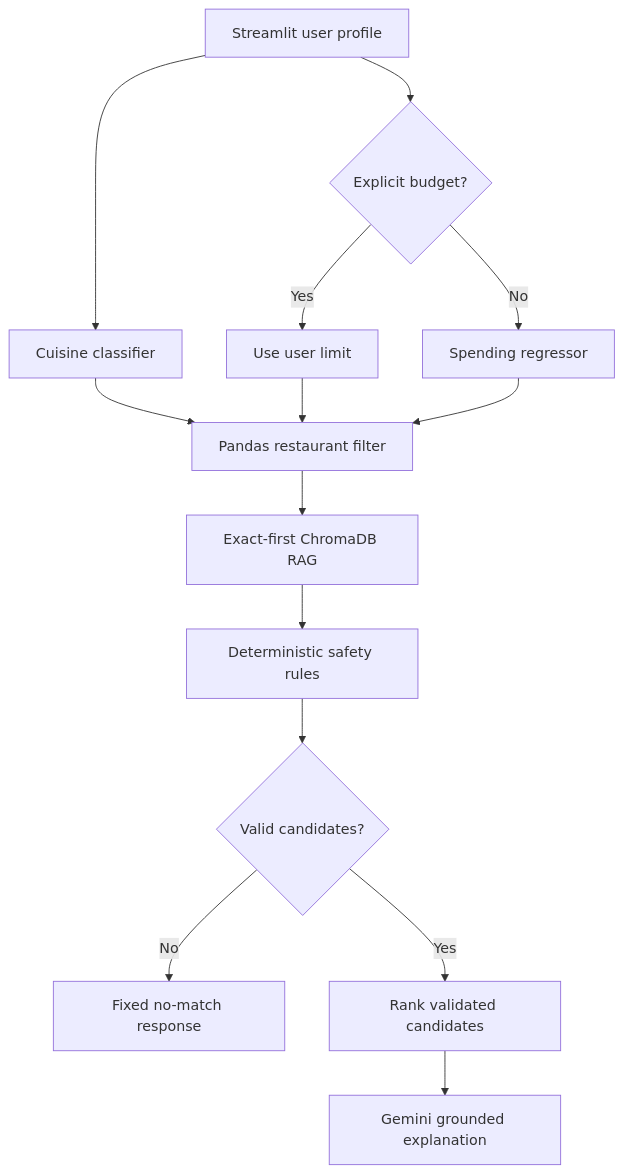
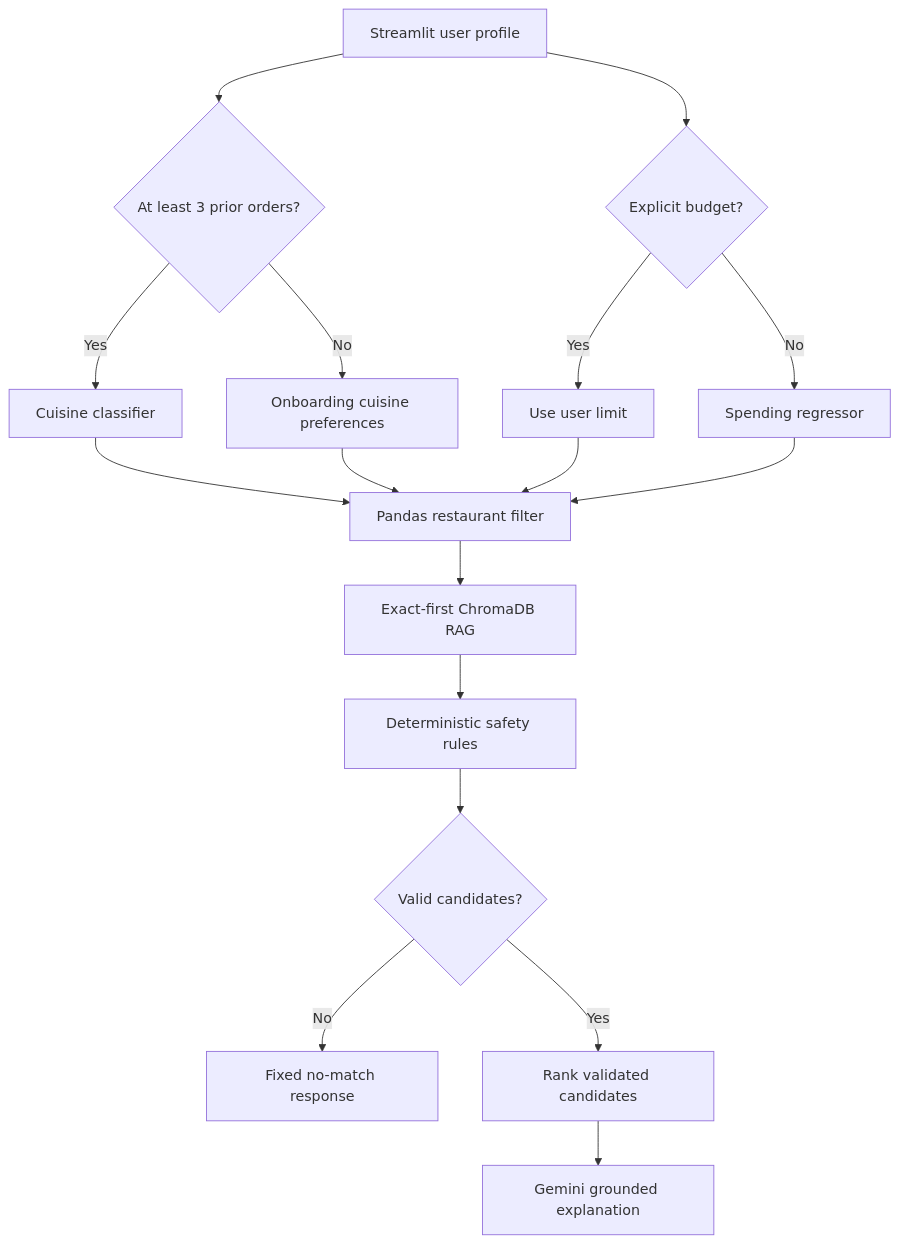
Before and after one commit to Tanishq1596/Intelligent-Culinary-Matchmaker-and-Personalized-Menu-Agent: the diagram in README.md, drawn with Mermaid. The commit also changed other lines of this file and 10 other files, not shown here.

````diff
--- a/README.md
+++ b/README.md
@@ -27,16 +28,19 @@
 ```mermaid
 flowchart TD
-    A[Streamlit user profile] --> B[Cuisine classifier]
+    A[Streamlit user profile] --> U{At least 3 prior orders?}
+    U -->|Yes| B[Cuisine classifier]
+    U -->|No| O[Onboarding cuisine preferences]
     A --> C{Explicit budget?}
     C -->|Yes| D[Use user limit]
     C -->|No| E[Spending regressor]
     B --> F[Pandas restaurant filter]
+    O --> F
     D --> F
     E --> F
     F --> G[Exact-first ChromaDB RAG]
     G --> H[Deterministic safety rules]
     H --> I{Valid candidates?}
     I -->|No| J[Fixed no-match response]
     I -->|Yes| K[Rank validated candidates]
     K --> L[Gemini grounded explanation]
 ```
````
